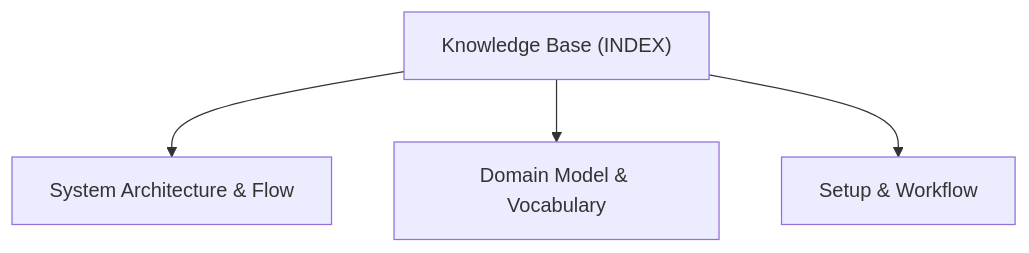
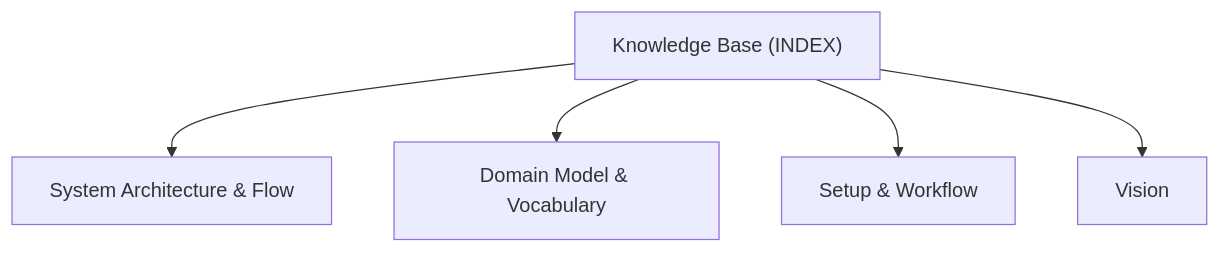
The diagram in ActDim.BytePath/docs/INDEX.md (actdim/practix), drawn with Mermaid before and after one commit. The commit also changed other lines of this file and 677 other files, not shown here.

````diff
--- a/ActDim.BytePath/docs/INDEX.md
+++ b/ActDim.BytePath/docs/INDEX.md
@@ -17,10 +17,12 @@
 ```mermaid
 flowchart TD
     INDEX["Knowledge Base (INDEX)"]
     T_ARCHITECTURE["System Architecture & Flow"]
     INDEX --> T_ARCHITECTURE
     T_DOMAIN_MODEL["Domain Model & Vocabulary"]
     INDEX --> T_DOMAIN_MODEL
     T_SETUP_AND_WORKFLOW["Setup & Workflow"]
     INDEX --> T_SETUP_AND_WORKFLOW
+    T_VISION["Vision"]
+    INDEX --> T_VISION
 ```
````
